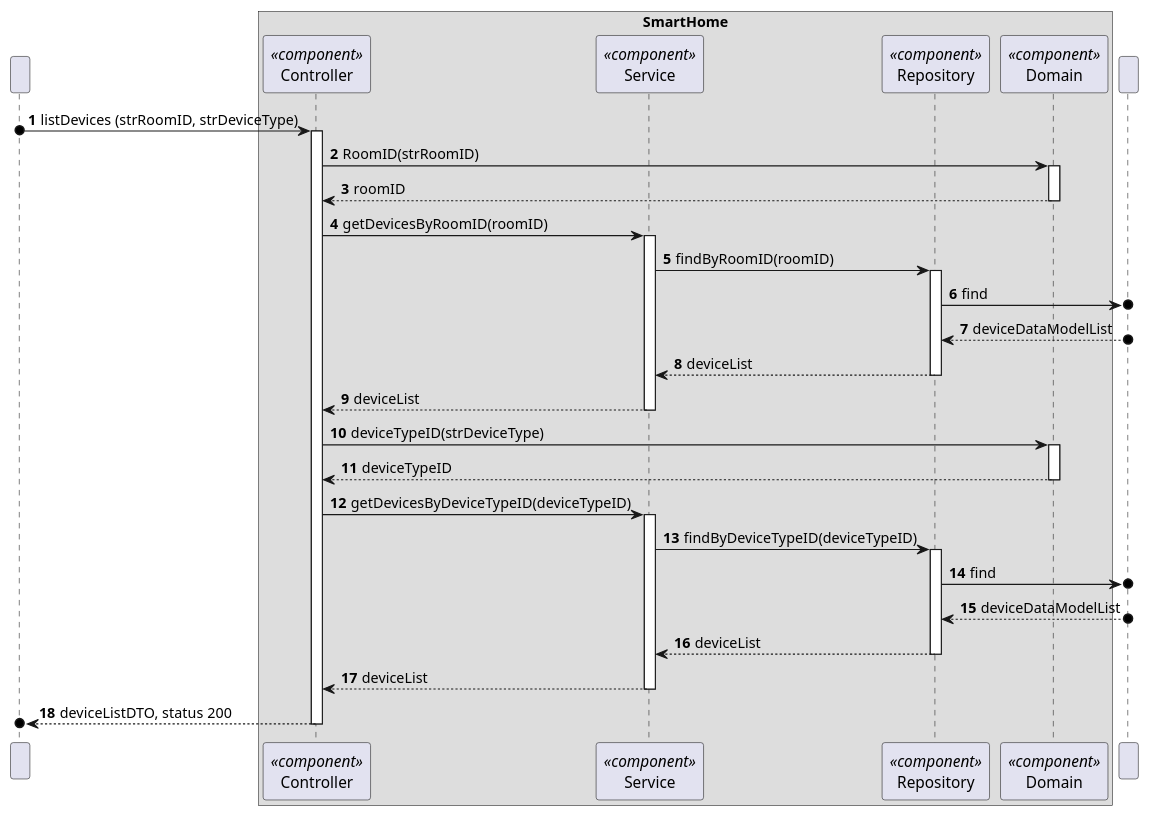
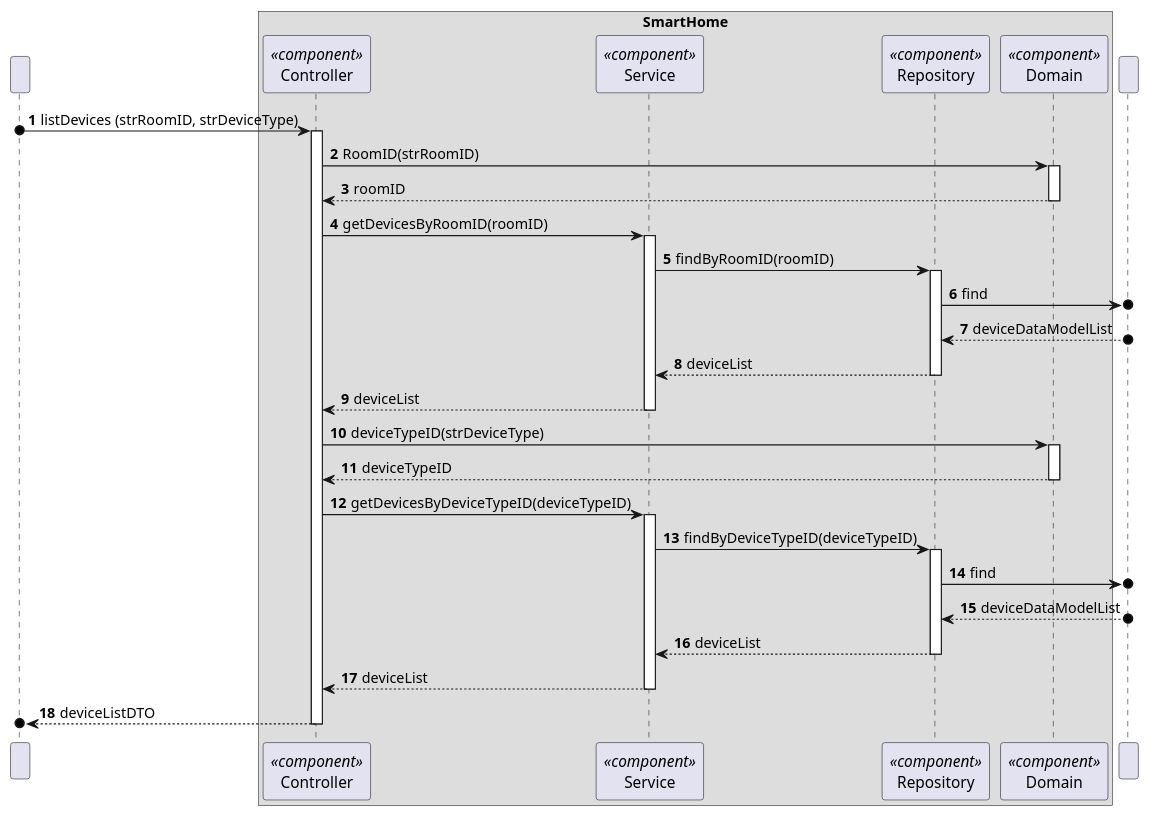
The diagram in docs/C4_4plus1_models/Level4/ProcessView/ProcessViewLevel4_UC12.puml (moutajDev/smarthome), drawn with PlantUML before and after one commit. The commit also changed 23 other files, not shown here.

```diff
--- a/docs/C4_4plus1_models/Level4/ProcessView/ProcessViewLevel4_UC12.puml
+++ b/docs/C4_4plus1_models/Level4/ProcessView/ProcessViewLevel4_UC12.puml
@@ -1,72 +1,72 @@
 @startuml
 'https://plantuml.com/sequence-diagram
 !pragma layout smetana
 
 autonumber
 
 participant " " as User
 
 box "SmartHome"
     participant "Controller" as CTRL<<component>>
     participant "Service" as SV<<component>>
     participant "Repository" as REPO<<component>>
     participant "Domain" as DOM<<component>>
 end box
     participant " " as BD
 
 User o-> CTRL : listDevices (strRoomID, strDeviceType)
 
 activate CTRL
 
 CTRL -> DOM : RoomID(strRoomID)
 activate DOM
 
 DOM --> CTRL : roomID
 deactivate DOM
 
 CTRL -> SV: getDevicesByRoomID(roomID)
 activate SV
 
 SV -> REPO : findByRoomID(roomID)
 activate REPO
 
 REPO ->o BD : find
 
 
 BD o--> REPO : deviceDataModelList
 
 REPO --> SV : deviceList
 deactivate REPO
 
 SV --> CTRL : deviceList
 deactivate REPO
 deactivate SV
 
 CTRL -> DOM : deviceTypeID(strDeviceType)
 activate DOM
 
 DOM --> CTRL : deviceTypeID
 deactivate DOM
 
 CTRL -> SV : getDevicesByDeviceTypeID(deviceTypeID)
 activate SV
 
 SV -> REPO : findByDeviceTypeID(deviceTypeID)
 activate REPO
 
 REPO ->o BD : find
 
 BD o--> REPO : deviceDataModelList
 
 REPO --> SV : deviceList
 deactivate REPO
 
 SV --> CTRL : deviceList
 deactivate SV
 
-CTRL -->o User :deviceListDTO, status 200
+CTRL -->o User :deviceListDTO
 deactivate CTRL
 
 
 
 @enduml
```
